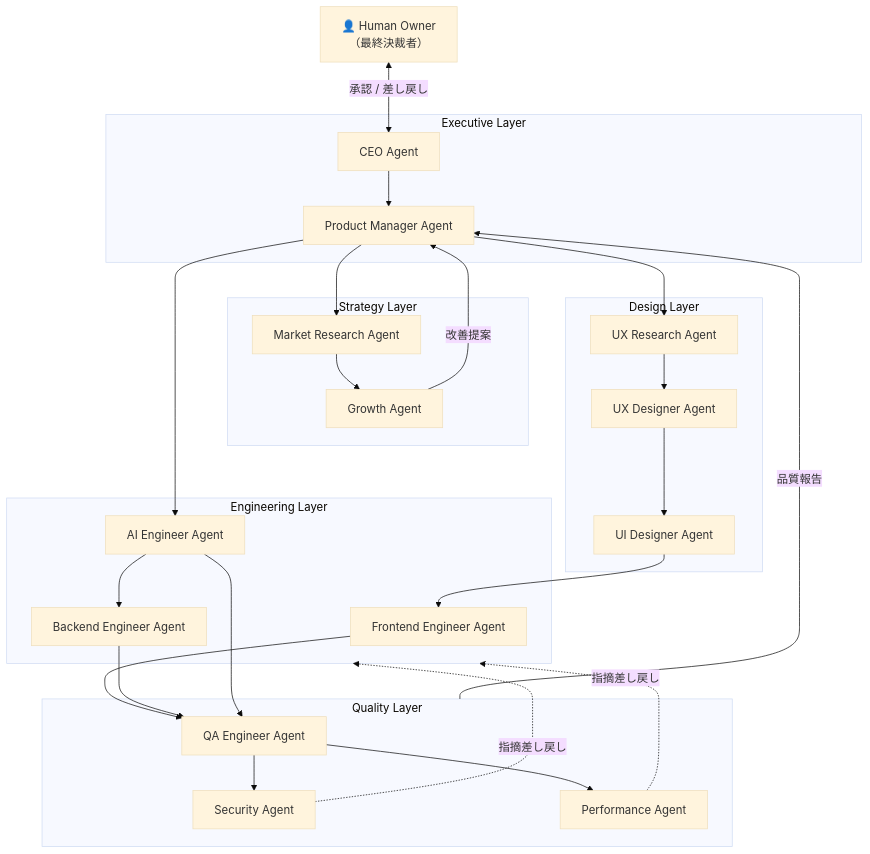
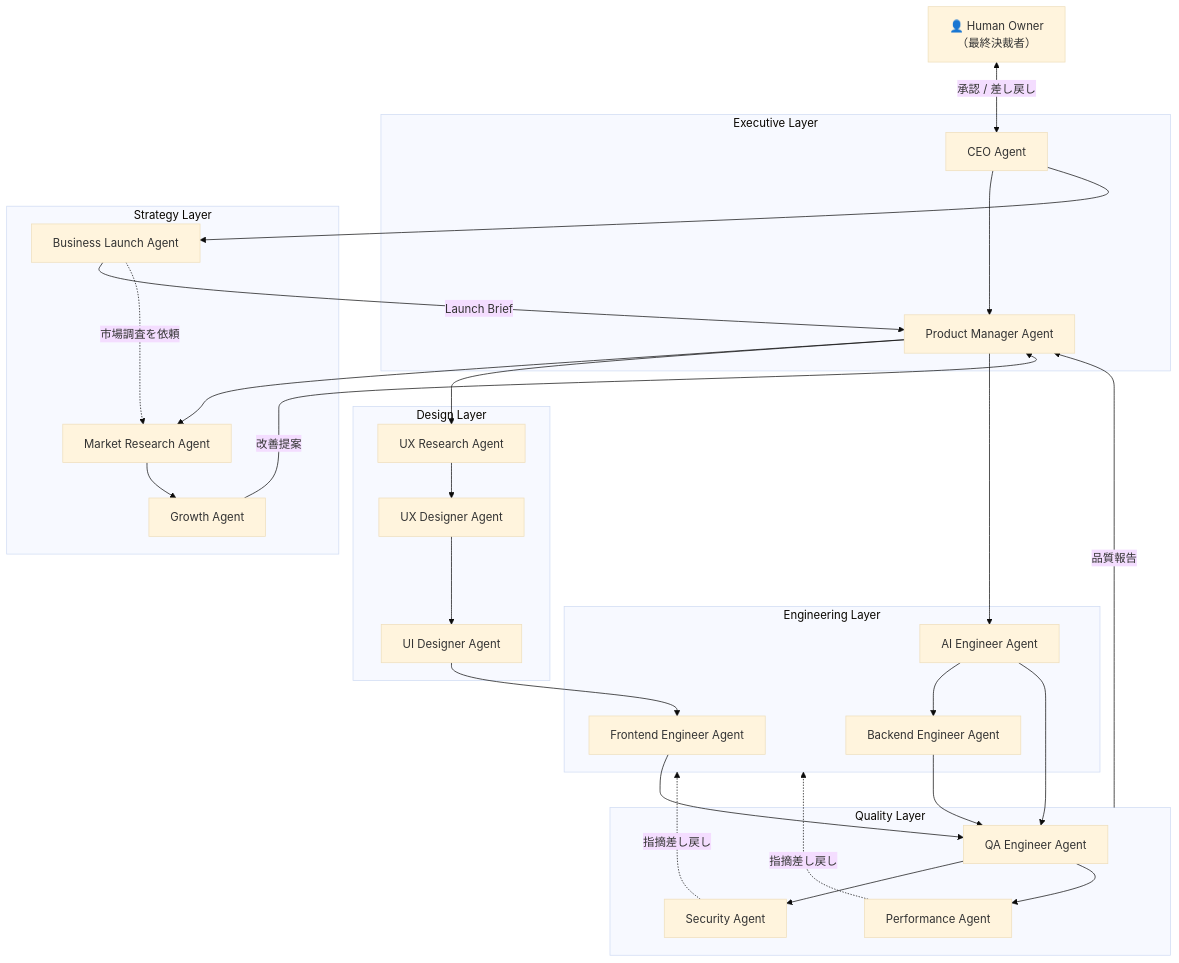
The first of 3 diagrams in 00_System/Agent_Architecture.md (samkaz15/develop_agent), drawn with Mermaid (base theme) before and after one commit. The commit also changed other lines of this file and 48 other files, not shown here.

````diff
--- a/00_System/Agent_Architecture.md
+++ b/00_System/Agent_Architecture.md
@@ -53,52 +53,56 @@
 ```mermaid
 flowchart TB
     HUMAN["👤 Human Owner<br>（最終決裁者）"]
 
     subgraph EXEC [Executive Layer]
         CEO[CEO Agent]
         PM[Product Manager Agent]
     end
 
     subgraph STRAT [Strategy Layer]
         MR[Market Research Agent]
         GR[Growth Agent]
+        BL[Business Launch Agent]
     end
 
     subgraph DESIGN [Design Layer]
         UXR[UX Research Agent]
         UXD[UX Designer Agent]
         UID[UI Designer Agent]
     end
 
     subgraph ENG [Engineering Layer]
         FE[Frontend Engineer Agent]
         BE[Backend Engineer Agent]
         AIE[AI Engineer Agent]
     end
 
     subgraph QUAL [Quality Layer]
         QA[QA Engineer Agent]
         SEC[Security Agent]
         PERF[Performance Agent]
     end
 
     HUMAN <-->|承認 / 差し戻し| CEO
     CEO --> PM
+    CEO --> BL
+    BL -->|Launch Brief| PM
+    BL -.->|市場調査を依頼| MR
     PM --> MR
     PM --> UXR
     MR --> GR
     UXR --> UXD
     UXD --> UID
     UID --> FE
     PM --> AIE
     AIE --> BE
     FE --> QA
     BE --> QA
     AIE --> QA
     QA --> SEC
     QA --> PERF
     SEC -.->|指摘差し戻し| ENG
     PERF -.->|指摘差し戻し| ENG
     QUAL -->|品質報告| PM
     GR -->|改善提案| PM
 ```
````
